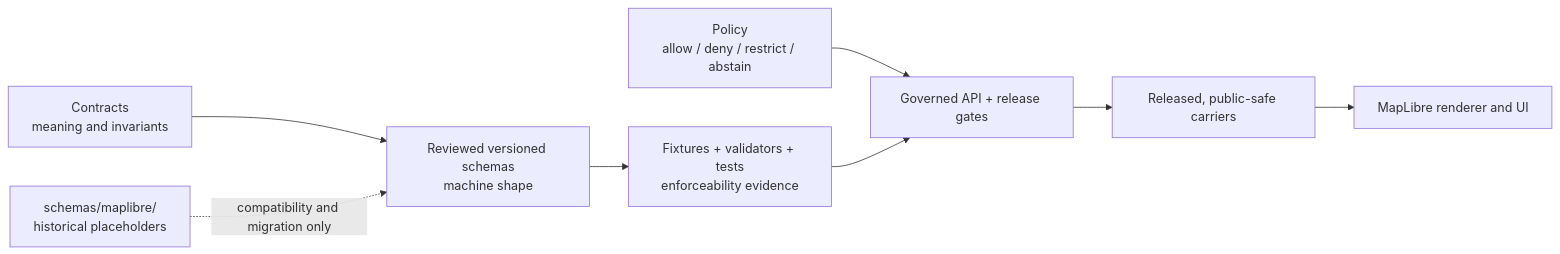
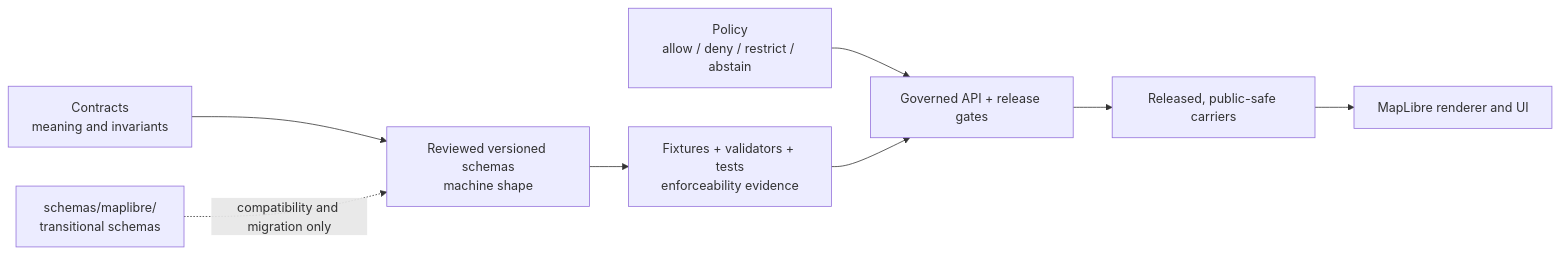
The diagram in schemas/maplibre/README.md (bartytime4life/Kansas-Frontier-Matrix), drawn with Mermaid before and after one commit. The commit also changed other lines of this file and 31 other files, not shown here.

````diff
--- a/schemas/maplibre/README.md
+++ b/schemas/maplibre/README.md
@@ -269,10 +289,10 @@
 ```mermaid
 flowchart LR
   C[Contracts<br/>meaning and invariants] --> S[Reviewed versioned schemas<br/>machine shape]
   S --> V[Fixtures + validators + tests<br/>enforceability evidence]
   P[Policy<br/>allow / deny / restrict / abstain] --> G[Governed API + release gates]
   V --> G
   G --> R[Released, public-safe carriers]
   R --> M[MapLibre renderer and UI]
-  L[schemas/maplibre/<br/>historical placeholders] -. compatibility and migration only .-> S
+  L[schemas/maplibre/<br/>transitional schemas] -. compatibility and migration only .-> S
 ```
````
